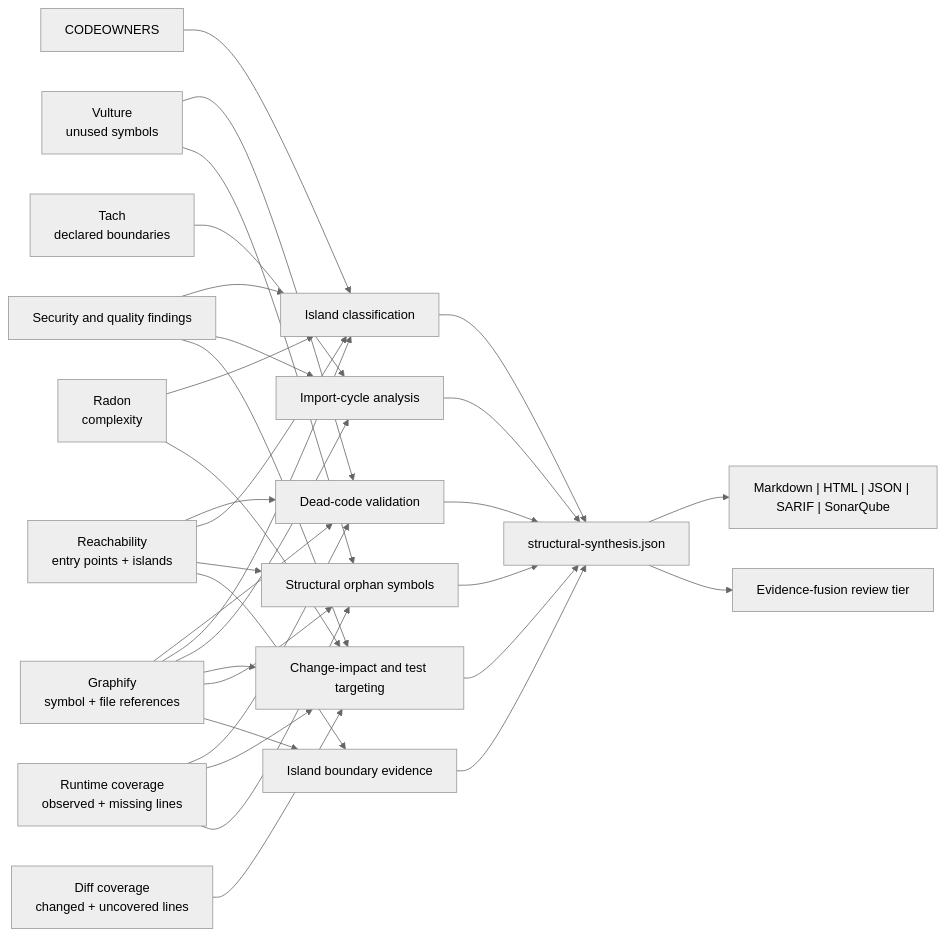
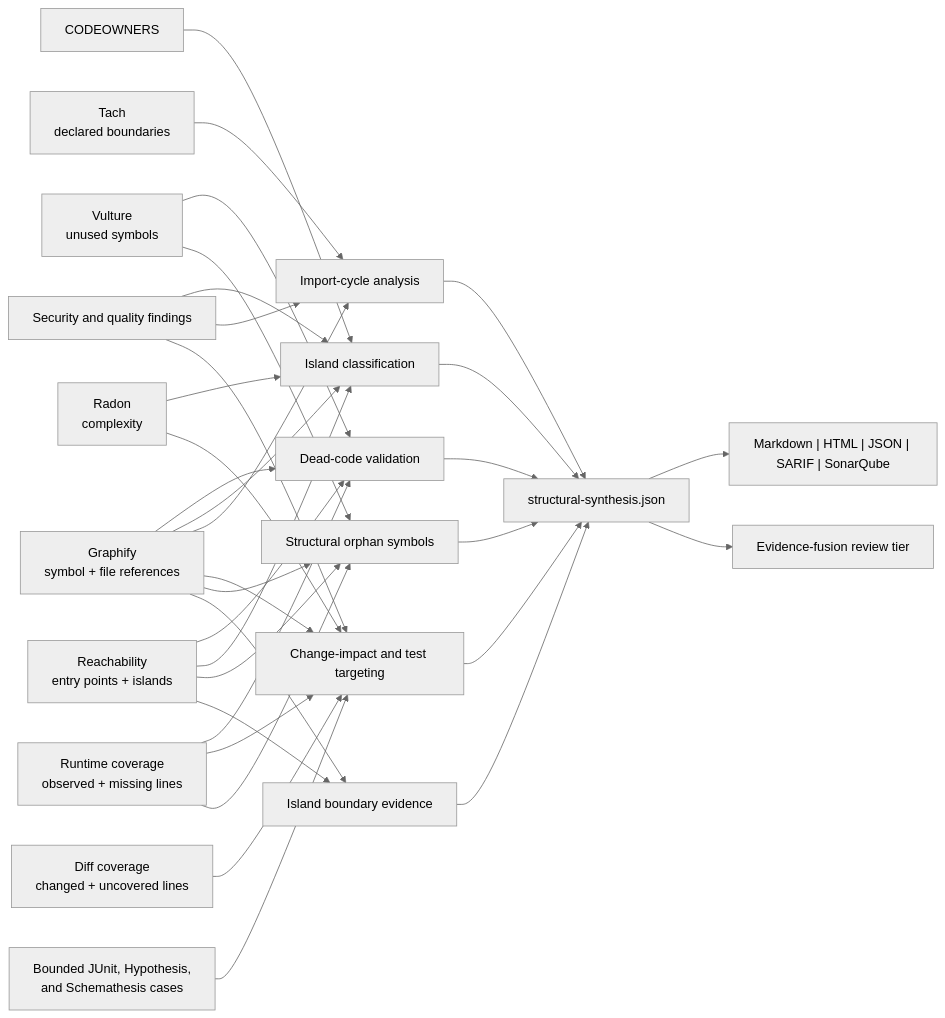
Before and after one commit to willtran87/project-py-security-suite: the diagram in docs/structural-synthesis.md, drawn with Mermaid (neutral theme). The commit also changed other lines of this file and 24 other files, not shown here.

````diff
--- a/docs/structural-synthesis.md
+++ b/docs/structural-synthesis.md
@@ -13,40 +13,41 @@
 ```mermaid
 flowchart LR
     Vulture["Vulture<br/>unused symbols"] --> Dead["Dead-code validation"]
     Reach["Reachability<br/>entry points + islands"] --> Dead
     Coverage["Runtime coverage<br/>observed + missing lines"] --> Dead
     Graph["Graphify<br/>symbol + file references"] --> Dead
 
     Reach --> Islands["Island classification"]
     Graph --> Islands
     Findings["Security and quality findings"] --> Islands
     Radon["Radon<br/>complexity"] --> Islands
     Owners["CODEOWNERS"] --> Islands
 
     Graph --> Cycles["Import-cycle analysis"]
     Tach["Tach<br/>declared boundaries"] --> Cycles
     Findings --> Cycles
 
     Diff["Diff coverage<br/>changed + uncovered lines"] --> Change["Change-impact and test targeting"]
     Graph --> Change
     Coverage --> Change
     Radon --> Change
     Findings --> Change
+    Cases["Bounded JUnit, Hypothesis,<br/>and Schemathesis cases"] --> Change
 
     Graph --> Orphans["Structural orphan symbols"]
     Reach --> Orphans
     Coverage --> Orphans
     Vulture --> Orphans
 
     Graph --> Boundary["Island boundary evidence"]
     Reach --> Boundary
 
     Dead --> Artifact["structural-synthesis.json"]
     Islands --> Artifact
     Cycles --> Artifact
     Change --> Artifact
     Orphans --> Artifact
     Boundary --> Artifact
     Artifact --> Reports["Markdown | HTML | JSON | SARIF | SonarQube"]
     Artifact --> Fusion["Evidence-fusion review tier"]
 ```
````
